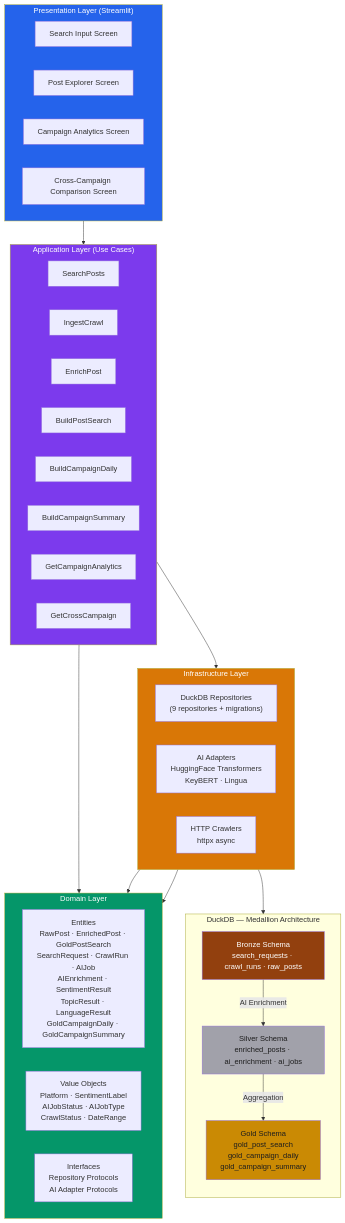
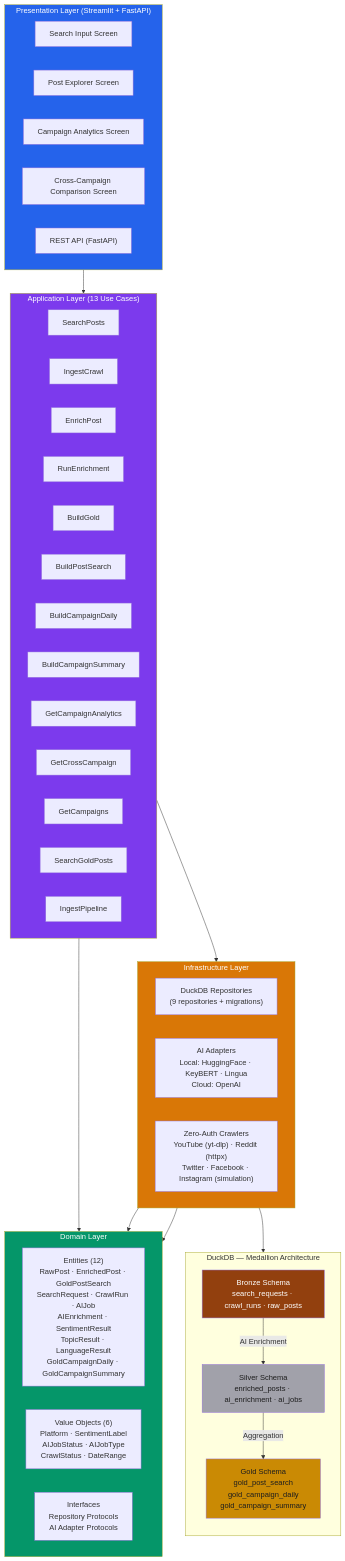
The diagram in README.md (sulthonzh/social-pulse), drawn with Mermaid before and after one commit. The commit also changed other lines of this file, not shown here.

Commit message:
docs: update README with architecture and configuration

````diff
--- a/README.md
+++ b/README.md
@@ -7,59 +7,65 @@
 ```mermaid
 graph TB
-    subgraph Presentation["Presentation Layer (Streamlit)"]
+    subgraph Presentation["Presentation Layer (Streamlit + FastAPI)"]
         SI["Search Input Screen"]
         PE["Post Explorer Screen"]
         CA["Campaign Analytics Screen"]
         CC["Cross-Campaign Comparison Screen"]
+        API["REST API (FastAPI)"]
     end
 
-    subgraph Application["Application Layer (Use Cases)"]
+    subgraph Application["Application Layer (13 Use Cases)"]
         UC1["SearchPosts"]
         UC2["IngestCrawl"]
         UC3["EnrichPost"]
-        UC4["BuildPostSearch"]
-        UC5["BuildCampaignDaily"]
-        UC6["BuildCampaignSummary"]
-        UC7["GetCampaignAnalytics"]
-        UC8["GetCrossCampaign"]
+        UC4["RunEnrichment"]
+        UC5["BuildGold"]
+        UC6["BuildPostSearch"]
+        UC7["BuildCampaignDaily"]
+        UC8["BuildCampaignSummary"]
+        UC9["GetCampaignAnalytics"]
+        UC10["GetCrossCampaign"]
+        UC11["GetCampaigns"]
+        UC12["SearchGoldPosts"]
+        UC13["IngestPipeline"]
     end
 
     subgraph Domain["Domain Layer"]
         direction LR
-        ENT["Entities<br/>RawPost · EnrichedPost · GoldPostSearch<br/>SearchRequest · CrawlRun · AIJob<br/>AIEnrichment · SentimentResult<br/>TopicResult · LanguageResult<br/>GoldCampaignDaily · GoldCampaignSummary"]
-        VO["Value Objects<br/>Platform · SentimentLabel<br/>AIJobStatus · AIJobType<br/>CrawlStatus · DateRange"]
+        ENT["Entities (12)<br/>RawPost · EnrichedPost · GoldPostSearch<br/>SearchRequest · CrawlRun · AIJob<br/>AIEnrichment · SentimentResult<br/>TopicResult · LanguageResult<br/>GoldCampaignDaily · GoldCampaignSummary"]
+        VO["Value Objects (6)<br/>Platform · SentimentLabel<br/>AIJobStatus · AIJobType<br/>CrawlStatus · DateRange"]
         IF["Interfaces<br/>Repository Protocols<br/>AI Adapter Protocols"]
     end
 
     subgraph Infrastructure["Infrastructure Layer"]
         direction LR
         REPOS["DuckDB Repositories<br/>(9 repositories + migrations)"]
-        AI["AI Adapters<br/>HuggingFace Transformers<br/>KeyBERT · Lingua"]
-        CRAWL["HTTP Crawlers<br/>httpx async"]
+        AI["AI Adapters<br/>Local: HuggingFace · KeyBERT · Lingua<br/>Cloud: OpenAI"]
+        CRAWL["Zero-Auth Crawlers<br/>YouTube (yt-dlp) · Reddit (httpx)<br/>Twitter · Facebook · Instagram (simulation)"]
     end
 
     subgraph Data["DuckDB — Medallion Architecture"]
         direction TB
         Bronze["Bronze Schema<br/>search_requests · crawl_runs · raw_posts"]
         Silver["Silver Schema<br/>enriched_posts · ai_enrichment · ai_jobs"]
         Gold["Gold Schema<br/>gold_post_search<br/>gold_campaign_daily<br/>gold_campaign_summary"]
     end
 
     Presentation --> Application
     Application --> Domain
     Application --> Infrastructure
     Infrastructure --> Domain
     REPOS --> Data
     AI --> Domain
 
     Bronze -->|"AI Enrichment"| Silver
     Silver -->|"Aggregation"| Gold
 
     style Presentation fill:#2563eb,color:#fff
     style Application fill:#7c3aed,color:#fff
     style Domain fill:#059669,color:#fff
     style Infrastructure fill:#d97706,color:#fff
     style Bronze fill:#92400e,color:#fff
     style Silver fill:#a1a1aa,color:#1e1e1e
     style Gold fill:#ca8a04,color:#1e1e1e
 ```
````
